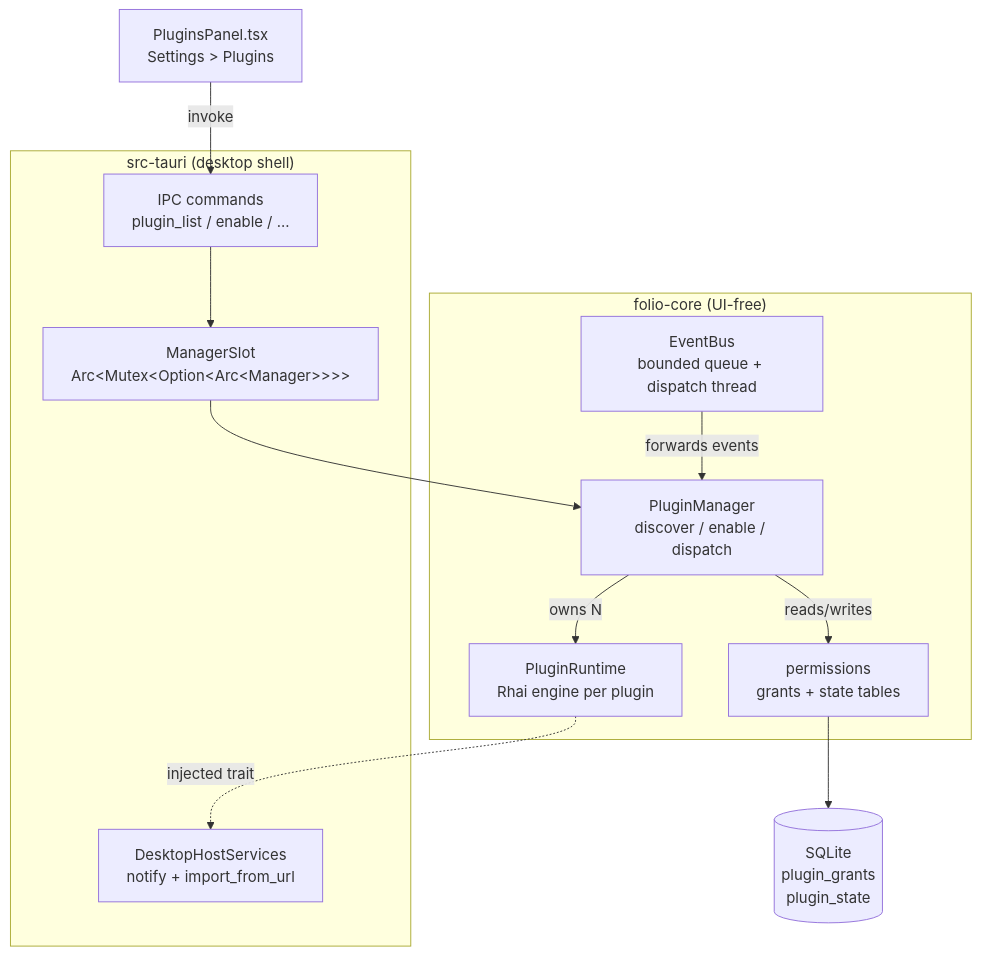
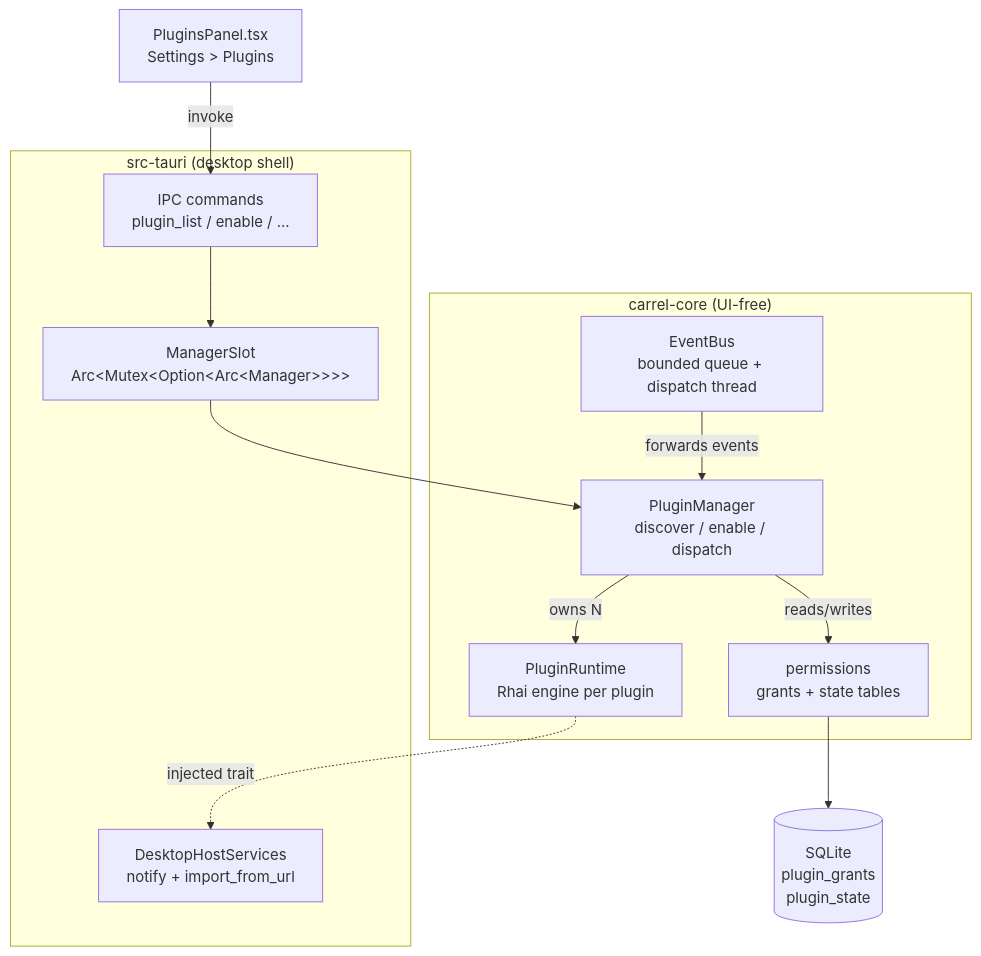
Before and after one commit to mikedamoiseau/carrel: the first of 8 diagrams in docs/PLUGIN_ARCHITECTURE.md, drawn with Mermaid. The commit also changed other lines of this file and 152 other files, not shown here.

First line of the commit message:
refactor: finish the Folio -> Carrel rename

````diff
--- a/docs/PLUGIN_ARCHITECTURE.md
+++ b/docs/PLUGIN_ARCHITECTURE.md
@@ -29,27 +29,27 @@
 ```mermaid
 flowchart TB
-    subgraph core["folio-core (UI-free)"]
+    subgraph core["carrel-core (UI-free)"]
         bus["EventBus<br/>bounded queue + dispatch thread"]
         mgr["PluginManager<br/>discover / enable / dispatch"]
         rt["PluginRuntime<br/>Rhai engine per plugin"]
         perms["permissions<br/>grants + state tables"]
         bus -->|"forwards events"| mgr
         mgr -->|"owns N"| rt
         mgr -->|"reads/writes"| perms
     end
 
     subgraph shell["src-tauri (desktop shell)"]
         cmds["IPC commands<br/>plugin_list / enable / ..."]
         host["DesktopHostServices<br/>notify + import_from_url"]
         slot["ManagerSlot<br/>Arc&lt;Mutex&lt;Option&lt;Arc&lt;Manager&gt;&gt;&gt;&gt;"]
     end
 
     ui["PluginsPanel.tsx<br/>Settings &gt; Plugins"]
     sqlite[("SQLite<br/>plugin_grants<br/>plugin_state")]
 
     ui -->|invoke| cmds
     cmds --> slot
     slot --> mgr
     rt -.->|"injected trait"| host
     perms --> sqlite
 ```
````
